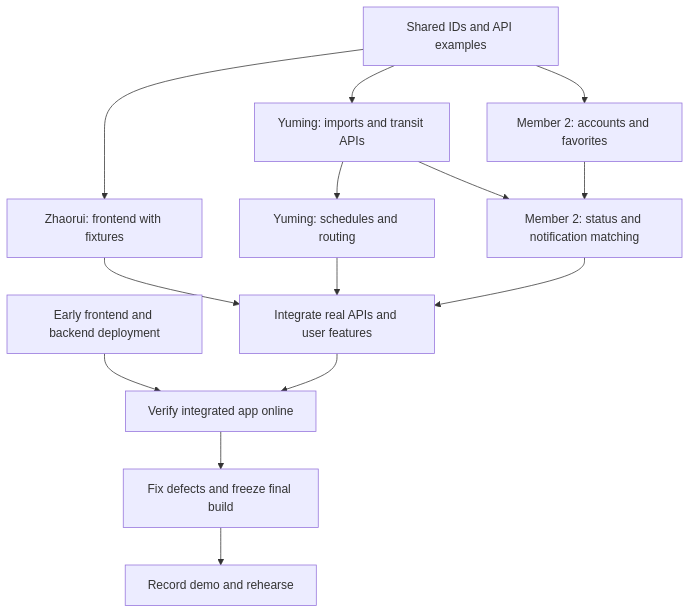
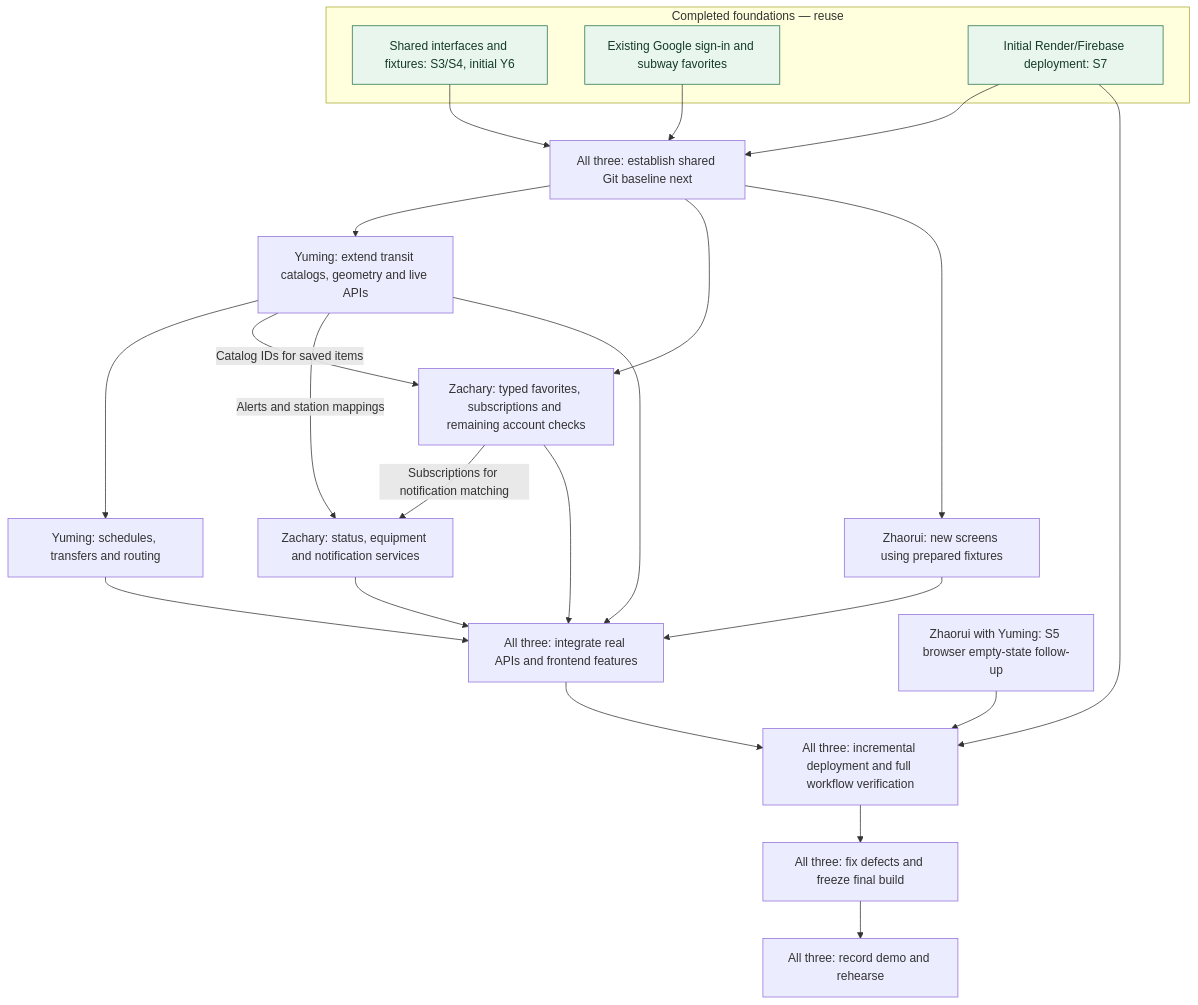
Before and after one commit to Yuming0326/nyc-transit-hub: the diagram in docs/team-workplan.md, drawn with Mermaid. The commit also changed other lines of this file and 21 other files, not shown here.

````diff
--- a/docs/team-workplan.md
+++ b/docs/team-workplan.md
@@ -229,17 +247,34 @@
 ```mermaid
 flowchart TD
-    S["Shared IDs and API examples"]
-    S --> T["Yuming: imports and transit APIs"]
-    S --> A["Member 2: accounts and favorites"]
-    S --> U["Zhaorui: frontend with fixtures"]
-    T --> R["Yuming: schedules and routing"]
-    T --> N["Member 2: status and notification matching"]
-    A --> N
-    U --> I["Integrate real APIs and user features"]
+    subgraph Done["Completed foundations — reuse"]
+        S["Shared interfaces and fixtures: S3/S4, initial Y6"]
+        A["Existing Google sign-in and subway favorites"]
+        D["Initial Render/Firebase deployment: S7"]
+    end
+
+    S --> G["All three: establish shared Git baseline next"]
+    A --> G
+    D --> G
+    G --> T["Yuming: extend transit catalogs, geometry and live APIs"]
+    G --> X["Zachary: typed favorites, subscriptions and remaining account checks"]
+    G --> U["Zhaorui: new screens using prepared fixtures"]
+
+    T --> R["Yuming: schedules, transfers and routing"]
+    T -->|"Catalog IDs for saved items"| X
+    T -->|"Alerts and station mappings"| N["Zachary: status, equipment and notification services"]
+    X -->|"Subscriptions for notification matching"| N
+
+    T --> I["All three: integrate real APIs and frontend features"]
     R --> I
+    X --> I
     N --> I
-    D["Early frontend and backend deployment"] --> V["Verify integrated app online"]
-    I --> V
-    V --> F["Fix defects and freeze final build"]
-    F --> P["Record demo and rehearse"]
+    U --> I
+    I --> V["All three: incremental deployment and full workflow verification"]
+    D --> V
+    E["Zhaorui with Yuming: S5 browser empty-state follow-up"] --> V
+    V --> F["All three: fix defects and freeze final build"]
+    F --> P["All three: record demo and rehearse"]
+
+    classDef complete fill:#e8f6ee,stroke:#28734a,color:#163b28
+    class S,A,D complete
 ```
````
